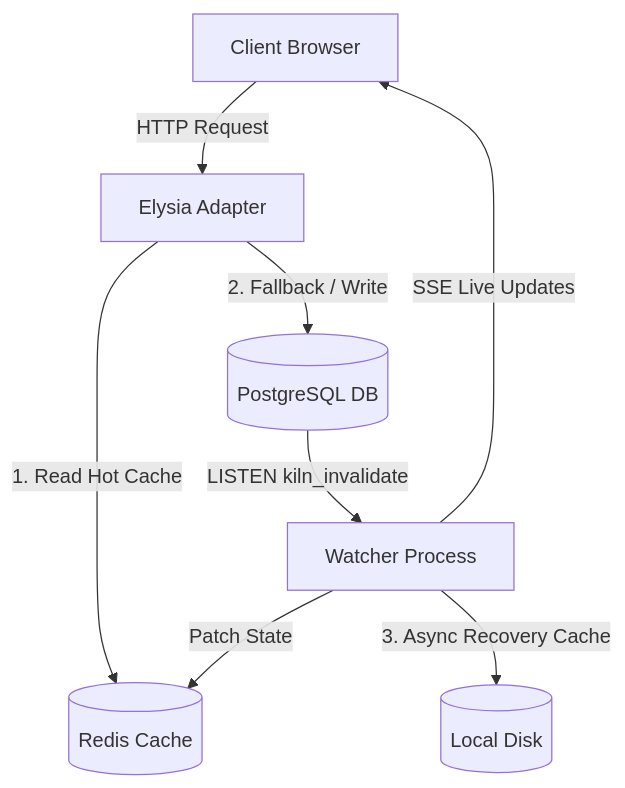
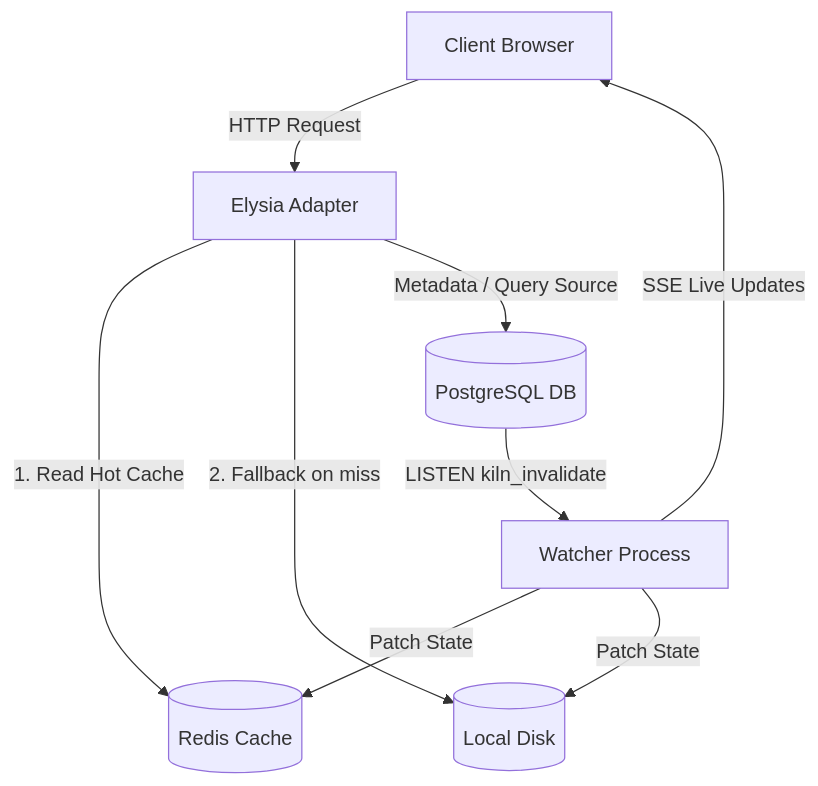
Before and after one commit to jeetkhinde/fsr: the diagram in .memory/architecture.md, drawn with Mermaid. The commit also changed other lines of this file and 18 other files, not shown here.

````diff
--- a/.memory/architecture.md
+++ b/.memory/architecture.md
@@ -29,10 +29,11 @@
 ```mermaid
 graph TD
     Client[Client Browser] -->|HTTP Request| Elysia[Elysia Adapter]
     Elysia -->|1. Read Hot Cache| Redis[(Redis Cache)]
-    Elysia -->|2. Fallback / Write| PostgreSQL[(PostgreSQL DB)]
-    FsrWatcher[Watcher Process] -->|3. Async Recovery Cache| Disk[(Local Disk)]
-    PostgreSQL -->|LISTEN kiln_invalidate| FsrWatcher
+    Elysia -->|2. Fallback on miss| Disk[(Local Disk)]
+    Elysia -->|Metadata / Query Source| PostgreSQL[(PostgreSQL DB)]
+    PostgreSQL -->|LISTEN kiln_invalidate| FsrWatcher[Watcher Process]
     FsrWatcher -->|Patch State| Redis
+    FsrWatcher -->|Patch State| Disk
     FsrWatcher -->|SSE Live Updates| Client
 ```
````
